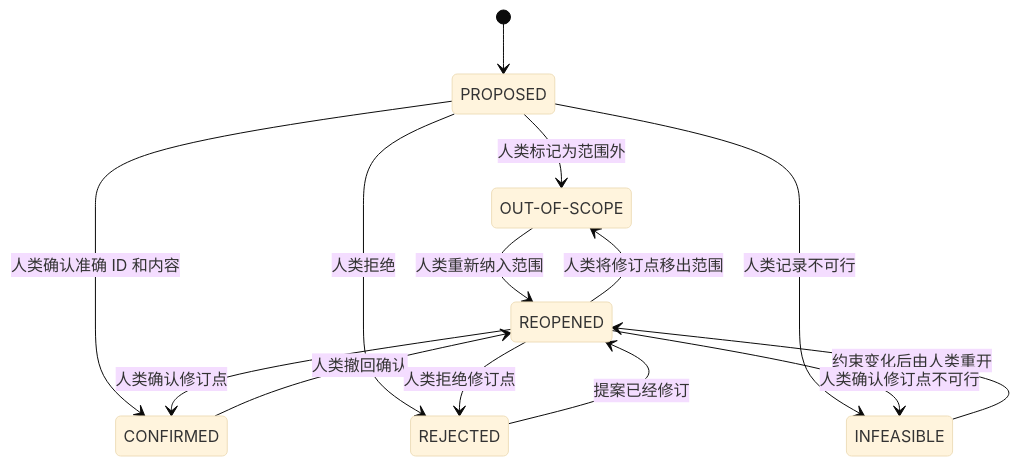
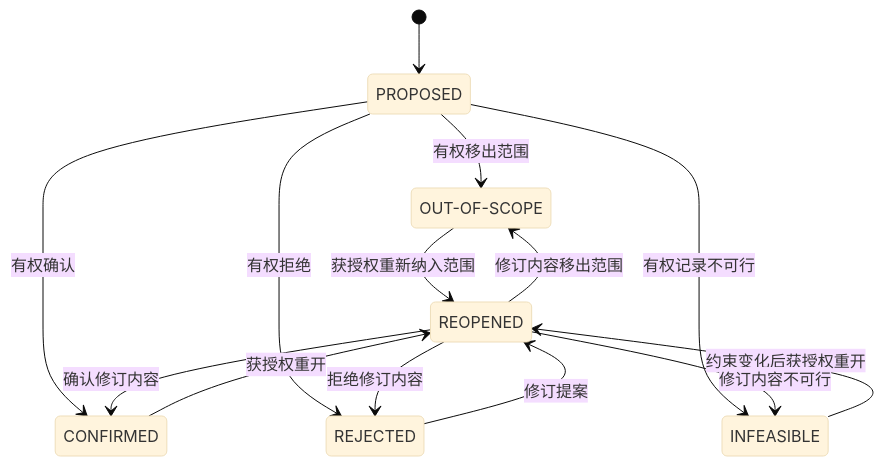
The diagram in skills_cn/long-feature-development/references/confirmation.md (HuAzurestar/agentic-team-architecture), drawn with Mermaid (base theme) before and after one commit. The commit also changed other lines of this file and 95 other files, not shown here.

````diff
--- a/skills_cn/long-feature-development/references/confirmation.md
+++ b/skills_cn/long-feature-development/references/confirmation.md
@@ -15,19 +9,17 @@
 ```mermaid
 stateDiagram-v2
     state "OUT-OF-SCOPE" as OUT_OF_SCOPE
     [*] --> PROPOSED
-    PROPOSED --> CONFIRMED: 人类确认准确 ID 和内容
-    PROPOSED --> REJECTED: 人类拒绝
-    PROPOSED --> OUT_OF_SCOPE: 人类标记为范围外
-    PROPOSED --> INFEASIBLE: 人类记录不可行
-
-    REJECTED --> REOPENED: 提案已经修订
-    CONFIRMED --> REOPENED: 人类撤回确认
-    OUT_OF_SCOPE --> REOPENED: 人类重新纳入范围
-    INFEASIBLE --> REOPENED: 约束变化后由人类重开
-
-    REOPENED --> CONFIRMED: 人类确认修订点
-    REOPENED --> REJECTED: 人类拒绝修订点
-    REOPENED --> OUT_OF_SCOPE: 人类将修订点移出范围
-    REOPENED --> INFEASIBLE: 人类确认修订点不可行
+    PROPOSED --> CONFIRMED: 有权确认
+    PROPOSED --> REJECTED: 有权拒绝
+    PROPOSED --> OUT_OF_SCOPE: 有权移出范围
+    PROPOSED --> INFEASIBLE: 有权记录不可行
+    CONFIRMED --> REOPENED: 获授权重开
+    REJECTED --> REOPENED: 修订提案
+    OUT_OF_SCOPE --> REOPENED: 获授权重新纳入范围
+    INFEASIBLE --> REOPENED: 约束变化后获授权重开
+    REOPENED --> CONFIRMED: 确认修订内容
+    REOPENED --> REJECTED: 拒绝修订内容
+    REOPENED --> OUT_OF_SCOPE: 修订内容移出范围
+    REOPENED --> INFEASIBLE: 修订内容不可行
 ```
````
